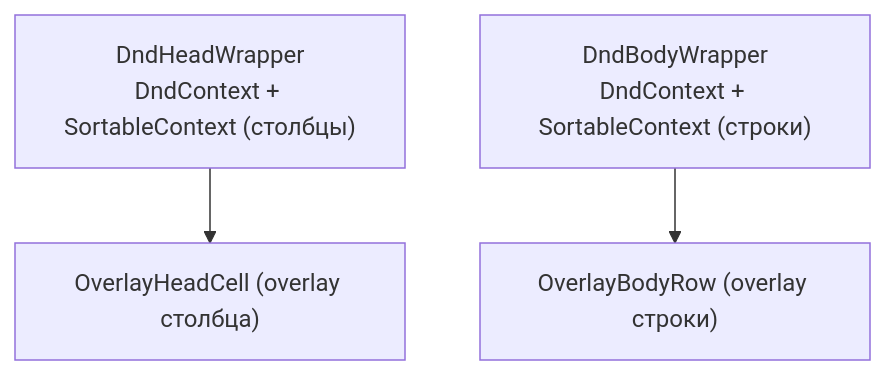
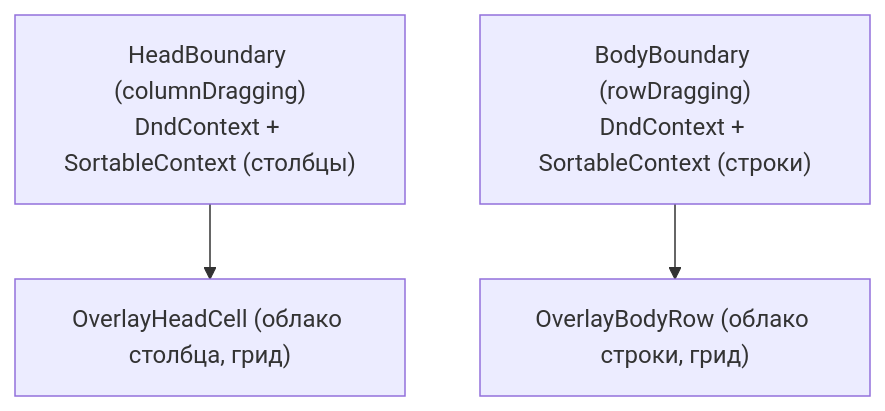
The diagram in docs/architecture/dnd.md (tessera-grid/tessera), drawn with Mermaid before and after one commit. The commit also changed other lines of this file and 78 other files, not shown here.

First line of the commit message:
refactor(dnd)!: перетаскивание в плагинах — грид и ядро без dnd-kit (ADR 0168, этап 2)

````diff
--- a/docs/architecture/dnd.md
+++ b/docs/architecture/dnd.md
@@ -33,9 +43,9 @@
 ```mermaid
 flowchart TB
-    DHW["DndHeadWrapper<br/>DndContext + SortableContext (столбцы)"]
-    DBW["DndBodyWrapper<br/>DndContext + SortableContext (строки)"]
-    OHC["OverlayHeadCell (overlay столбца)"]
-    OBR["OverlayBodyRow (overlay строки)"]
+    DHW["HeadBoundary (columnDragging)<br/>DndContext + SortableContext (столбцы)"]
+    DBW["BodyBoundary (rowDragging)<br/>DndContext + SortableContext (строки)"]
+    OHC["OverlayHeadCell (облако столбца, грид)"]
+    OBR["OverlayBodyRow (облако строки, грид)"]
     DHW --> OHC
     DBW --> OBR
 ```
````
